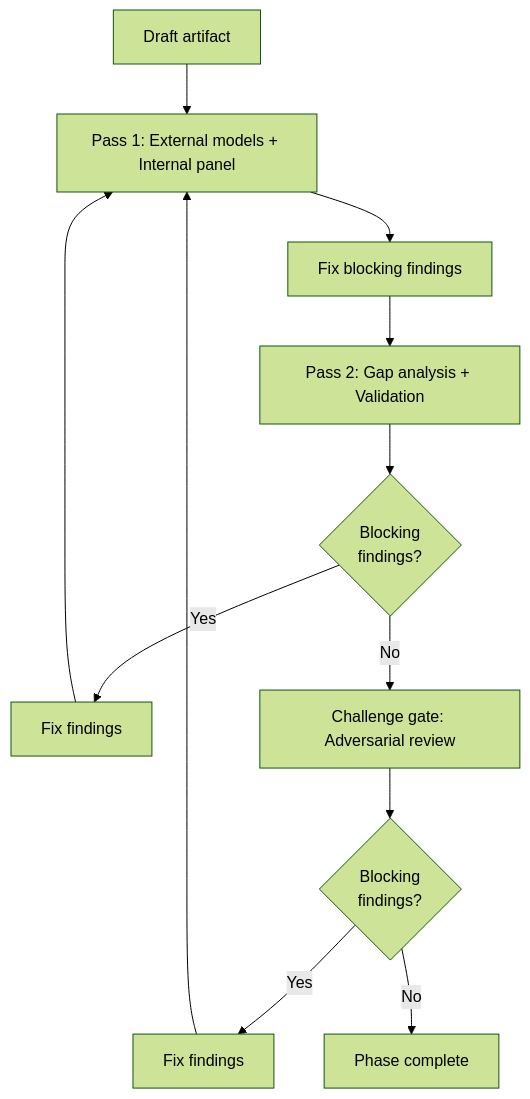
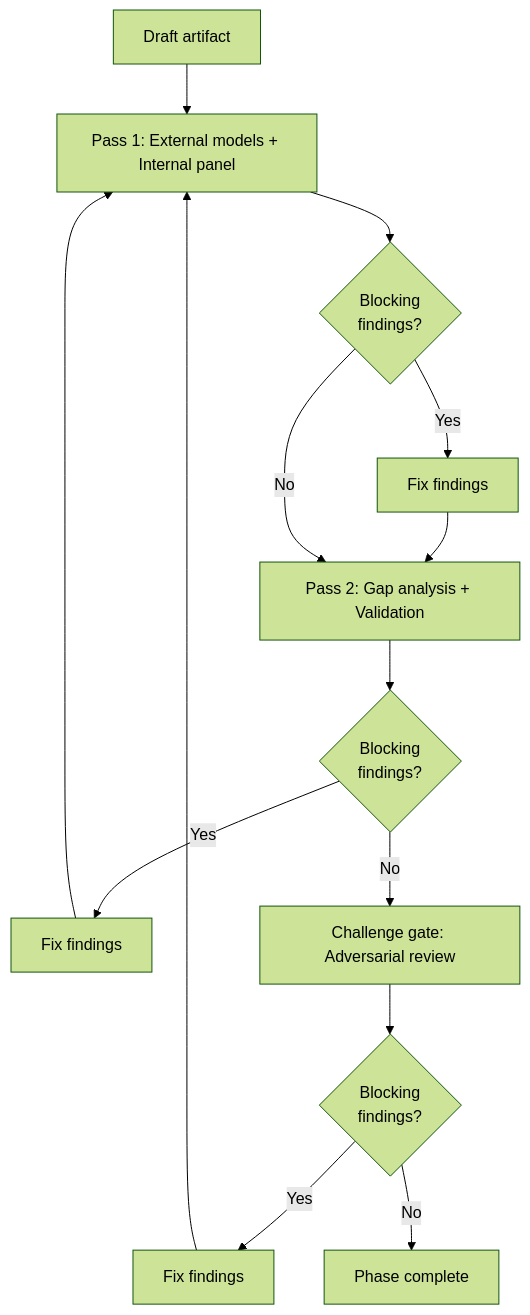
One commit to tonfield/claude-phasebook changed the second of 2 diagrams in README.md. Above: the diagram before and after it, drawn with Mermaid (forest theme).

Commit message:
docs: add blocking check after Pass 1
Pass 1 may find zero blocking findings — skip fix and go straight
to Pass 2. All three stages now have consistent if/then gates.

````diff
--- a/README.md
+++ b/README.md
@@ -117,12 +117,14 @@
 ```mermaid
 flowchart TD
     A[Draft artifact] --> B[Pass 1: External models + Internal panel]
-    B --> C[Fix blocking findings]
-    C --> D[Pass 2: Gap analysis + Validation]
-    D --> E{Blocking\nfindings?}
-    E -->|Yes| F[Fix findings] --> B
-    E -->|No| G[Challenge gate: Adversarial review]
-    G --> H{Blocking\nfindings?}
-    H -->|Yes| I[Fix findings] --> B
-    H -->|No| J[Phase complete]
+    B --> C{Blocking\nfindings?}
+    C -->|Yes| D[Fix findings]
+    D --> E[Pass 2: Gap analysis + Validation]
+    C -->|No| E
+    E --> F{Blocking\nfindings?}
+    F -->|Yes| G[Fix findings] --> B
+    F -->|No| H[Challenge gate: Adversarial review]
+    H --> I{Blocking\nfindings?}
+    I -->|Yes| J[Fix findings] --> B
+    I -->|No| K[Phase complete]
 ```
````
